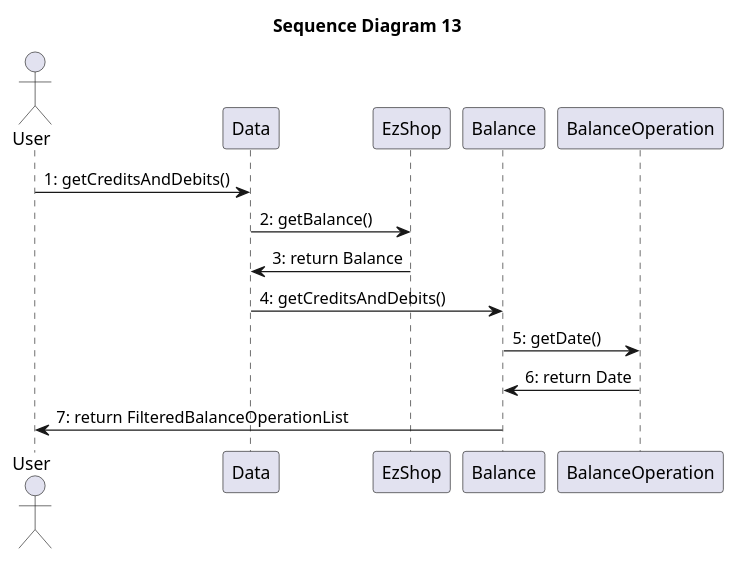
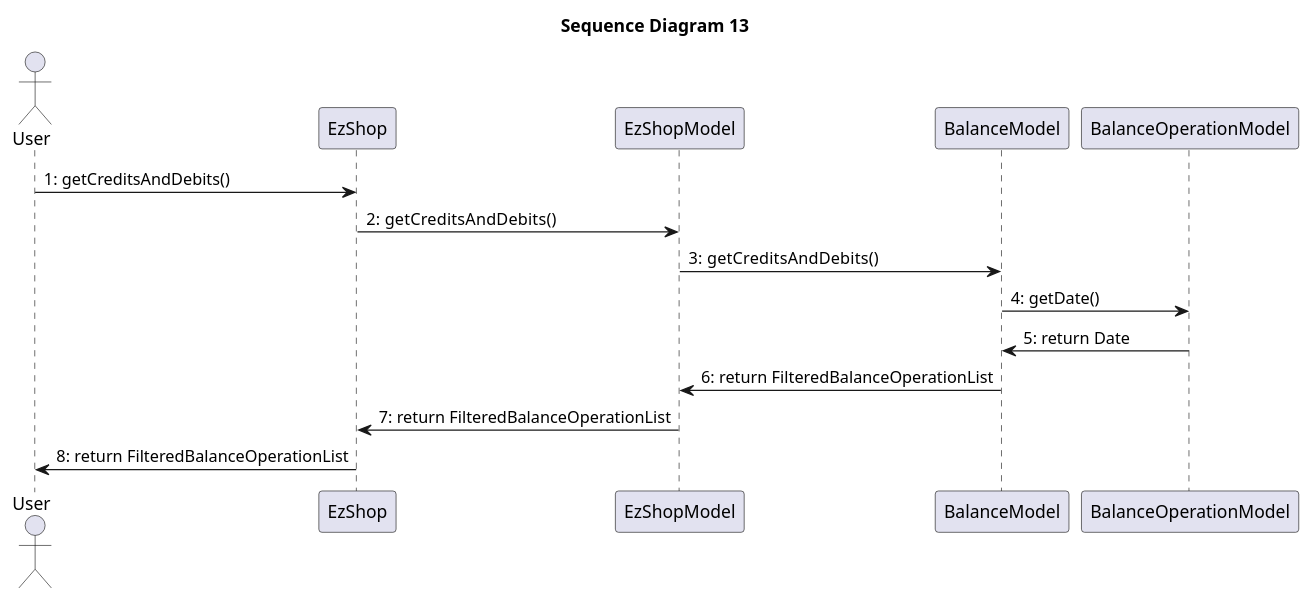
One commit to paolotron/EzshoProject31 changed diagram 15 of 15 in Deliverables/DesignDocument.md. Above: the diagram before and after it, drawn with PlantUML.

Commit message:
updating last SC :'D

````diff
--- a/Deliverables/DesignDocument.md
+++ b/Deliverables/DesignDocument.md
@@ -787,19 +787,20 @@
 ```plantuml
 @startuml
 title "Sequence Diagram 13"
 actor User
-participant Data
 participant EzShop
-participant Balance
-participant BalanceOperation
+participant EzShopModel
+participant BalanceModel as Balance
+participant BalanceOperationModel as BM
 
-User -> Data: 1: getCreditsAndDebits()
-Data -> EzShop: 2: getBalance()
-EzShop -> Data: 3: return Balance
-Data -> Balance: 4: getCreditsAndDebits()
-Balance -> BalanceOperation: 5: getDate()
-BalanceOperation -> Balance: 6: return Date
-Balance -> User: 7: return FilteredBalanceOperationList
+User -> EzShop: 1: getCreditsAndDebits()
+EzShop -> EzShopModel: 2:  getCreditsAndDebits()
+EzShopModel -> Balance: 3:  getCreditsAndDebits()
+Balance -> BM: 4: getDate()
+BM -> Balance: 5: return Date
+Balance -> EzShopModel: 6: return FilteredBalanceOperationList
+EzShopModel -> EzShop: 7: return FilteredBalanceOperationList
+EzShop -> User: 8: return FilteredBalanceOperationList
 
 @enduml
 ```
````
